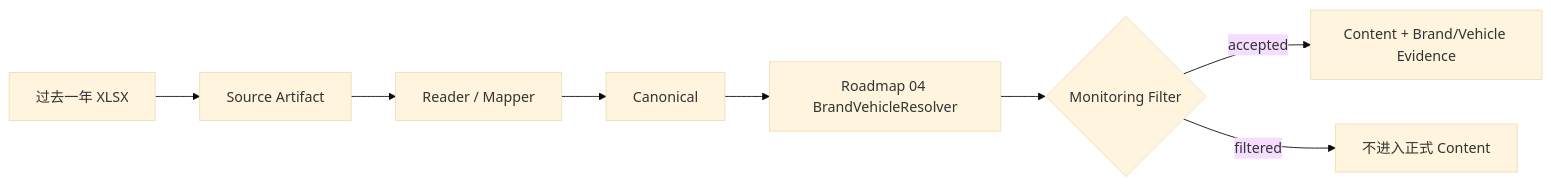
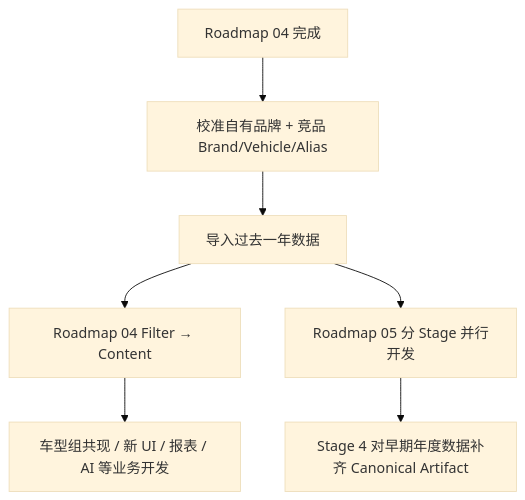
Before and after one commit to dingyuwen777/AIMA_UGC: the second of 3 diagrams in docs/roadmap/05_可重放数据底座与监测重分类实施路线.md, drawn with Mermaid (base theme). The commit also changed other lines of this file, not shown here.

Commit message:
文档：收敛 Roadmap 05 为 Canonical 持久化与重放

````diff
--- a/docs/roadmap/05_可重放数据底座与监测重分类实施路线.md
+++ b/docs/roadmap/05_可重放数据底座与监测重分类实施路线.md
@@ -218,10 +405,9 @@
 ```mermaid
-flowchart LR
-    A[过去一年 XLSX] --> B[Source Artifact]
-    B --> C[Reader / Mapper]
-    C --> D[Canonical]
-    D --> E[Roadmap 04 BrandVehicleResolver]
-    E --> F{Monitoring Filter}
-    F -->|accepted| G[Content + Brand/Vehicle Evidence]
-    F -->|filtered| H[不进入正式 Content]
+flowchart TD
+    A[Roadmap 04 完成] --> B[校准自有品牌 + 竞品 Brand/Vehicle/Alias]
+    B --> C[导入过去一年数据]
+    C --> D[Roadmap 04 Filter → Content]
+    D --> E[车型组共现 / 新 UI / 报表 / AI 等业务开发]
+    C --> F[Roadmap 05 分 Stage 并行开发]
+    F --> G[Stage 4 对早期年度数据补齐 Canonical Artifact]
 ```
````
